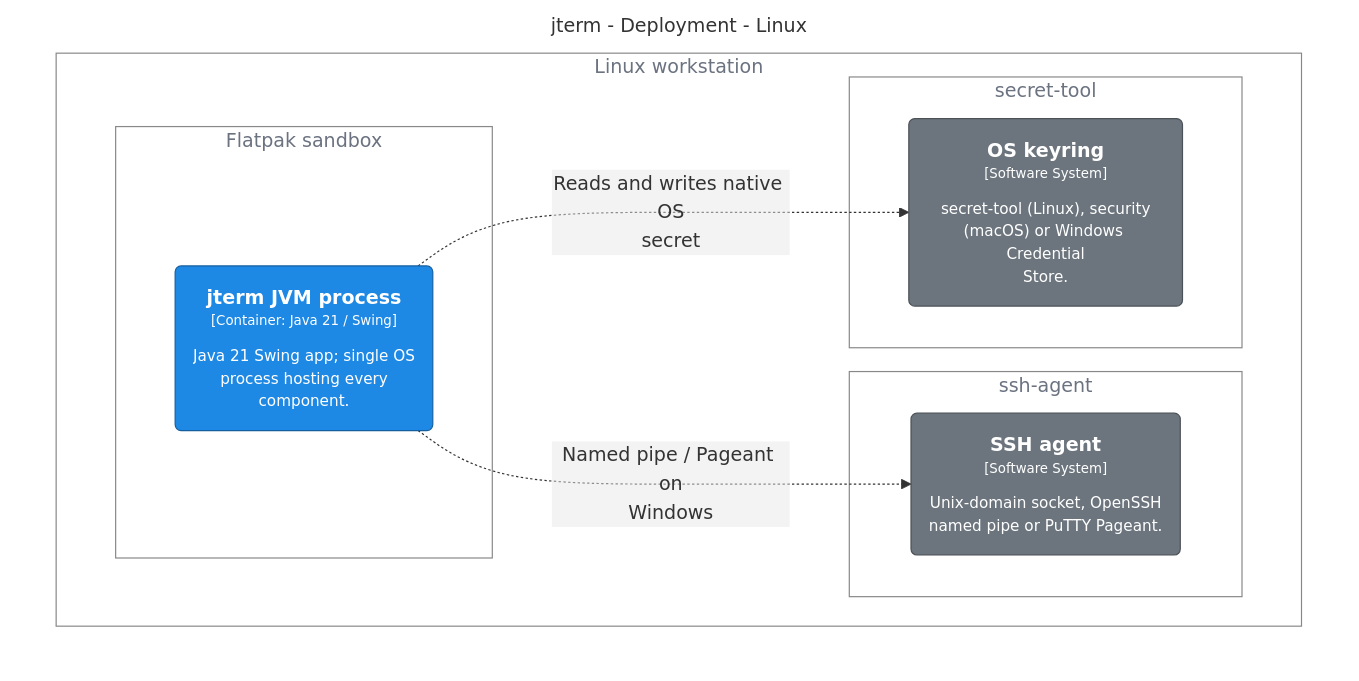
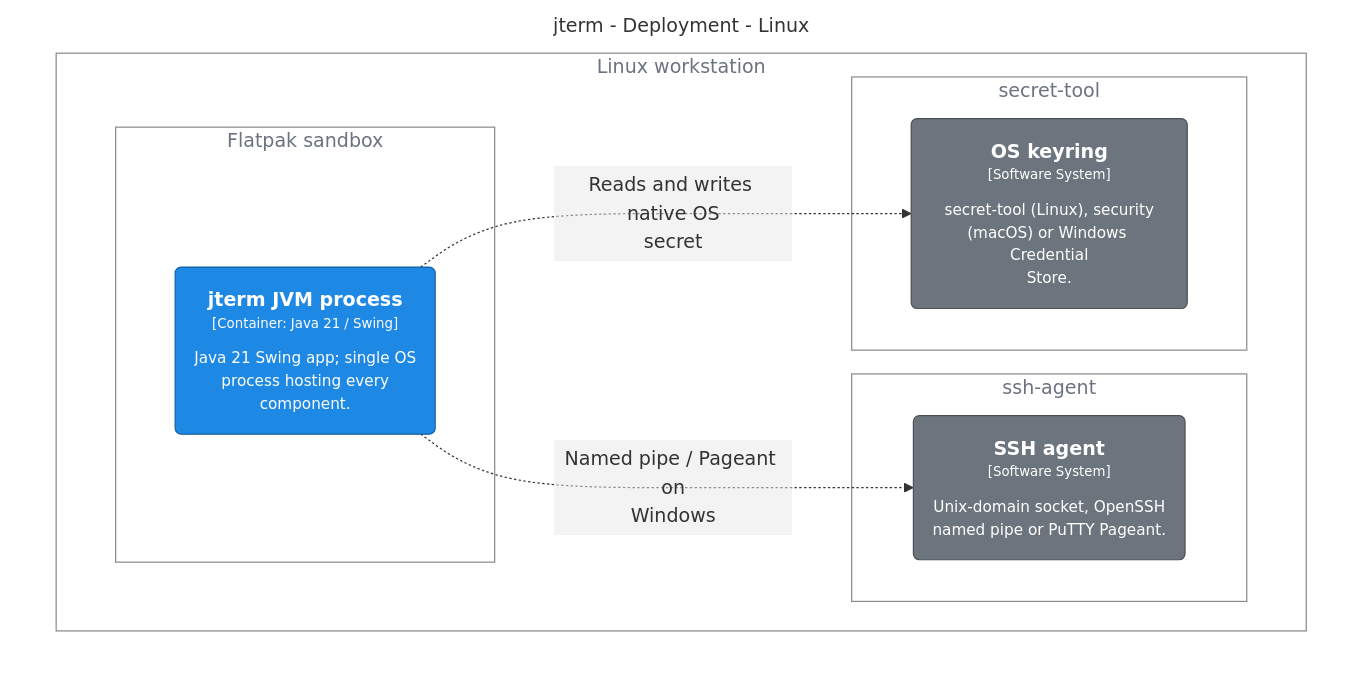
One commit to drecaise/jterm changed the diagram in docs/architecture/model/generated/deployment-linux.mmd. Above: the diagram before and after it, drawn with Mermaid. The commit also changed 13 other files, not shown here.

Commit message:
Fixes to Architecture diagrams

```diff
--- a/docs/architecture/model/generated/deployment-linux.mmd
+++ b/docs/architecture/model/generated/deployment-linux.mmd
@@ -1,35 +1,40 @@
+---
+config:
+  flowchart:
+    padding: 16
+---
 %%{init: {'theme':'base','themeVariables':{'edgeLabelBackground':'transparent','lineColor':'#8b95a1','fontFamily':'-apple-system,BlinkMacSystemFont,"Segoe UI",Roboto,Helvetica,Arial,sans-serif','fontSize':'14px'},'flowchart':{'curve':'basis','useMaxWidth':true}}}%%
 graph TB
 
   subgraph diagram ["jterm - Deployment - Linux"]
     style diagram fill:transparent,stroke:transparent
 
-    subgraph 101 [Linux workstation]
-      style 101 fill:transparent,stroke:#888888,color:#6b7280
+    subgraph 96 [Linux workstation]
+      style 96 fill:transparent,stroke:#888888,color:#6b7280
 
-      subgraph 102 [Flatpak sandbox]
+      subgraph 102 [ssh-agent]
         style 102 fill:transparent,stroke:#888888,color:#6b7280
 
-        103("<div style='font-weight: bold'>jterm JVM process</div><div style='font-size: 70%; margin-top: 0px'>[Container: Java 21 / Swing]</div><div style='font-size: 80%; margin-top:10px'>Java 21 Swing app; single OS<br />process hosting every<br />component.</div>")
-        style 103 fill:#1e88e5,stroke:#155fa0,color:#ffffff
+        103("<div style='font-weight: bold'>SSH agent</div><div style='font-size: 70%; margin-top: 0px'>[Software System]</div><div style='font-size: 80%; margin-top:10px'>Unix-domain socket, OpenSSH<br />named pipe or PuTTY Pageant.</div>")
+        style 103 fill:#6c757d,stroke:#4b5157,color:#ffffff
       end
 
-      subgraph 104 [secret-tool]
-        style 104 fill:transparent,stroke:#888888,color:#6b7280
+      subgraph 97 [Flatpak sandbox]
+        style 97 fill:transparent,stroke:#888888,color:#6b7280
 
-        105("<div style='font-weight: bold'>OS keyring</div><div style='font-size: 70%; margin-top: 0px'>[Software System]</div><div style='font-size: 80%; margin-top:10px'>secret-tool (Linux), security<br />(macOS) or Windows Credential<br />Store.</div>")
-        style 105 fill:#6c757d,stroke:#4b5157,color:#ffffff
+        98("<div style='font-weight: bold'>jterm JVM process</div><div style='font-size: 70%; margin-top: 0px'>[Container: Java 21 / Swing]</div><div style='font-size: 80%; margin-top:10px'>Java 21 Swing app; single OS<br />process hosting every<br />component.</div>")
+        style 98 fill:#1e88e5,stroke:#155fa0,color:#ffffff
       end
 
-      subgraph 107 [ssh-agent]
-        style 107 fill:transparent,stroke:#888888,color:#6b7280
+      subgraph 99 [secret-tool]
+        style 99 fill:transparent,stroke:#888888,color:#6b7280
 
-        108("<div style='font-weight: bold'>SSH agent</div><div style='font-size: 70%; margin-top: 0px'>[Software System]</div><div style='font-size: 80%; margin-top:10px'>Unix-domain socket, OpenSSH<br />named pipe or PuTTY Pageant.</div>")
-        style 108 fill:#6c757d,stroke:#4b5157,color:#ffffff
+        100("<div style='font-weight: bold'>OS keyring</div><div style='font-size: 70%; margin-top: 0px'>[Software System]</div><div style='font-size: 80%; margin-top:10px'>secret-tool (Linux), security<br />(macOS) or Windows Credential<br />Store.</div>")
+        style 100 fill:#6c757d,stroke:#4b5157,color:#ffffff
       end
 
     end
 
-    103-. "<div>Reads and writes native OS<br />secret</div><div style='font-size: 70%'></div>" .->105
-    103-. "<div>Named pipe / Pageant on<br />Windows</div><div style='font-size: 70%'></div>" .->108
+    98-. "<div style='padding:4px 8px'><div>Reads and writes native OS<br />secret</div><div style='font-size: 70%'></div></div>" .->100
+    98-. "<div style='padding:4px 8px'><div>Named pipe / Pageant on<br />Windows</div><div style='font-size: 70%'></div></div>" .->103
   end
```
